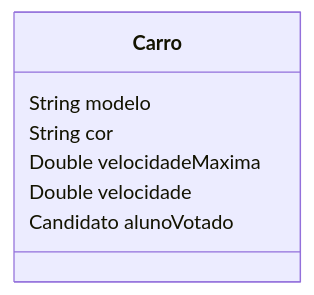
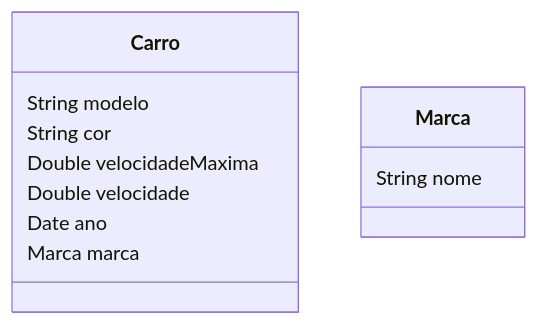
Before and after one commit to ahvShiro/ifpr-esw-notes: the third of 3 diagrams in 6. Programação Orientada a Objetos/Untitled.md, drawn with Mermaid.

Commit message:
backup: 26/03/2025 20:52 (Wednesday)

````diff
--- a/6. Programação Orientada a Objetos/Untitled.md
+++ b/6. Programação Orientada a Objetos/Untitled.md
@@ -47,9 +47,13 @@
 ```mermaid
 classDiagram
     class Carro
     Carro : String modelo
     Carro : String cor
     Carro : Double velocidadeMaxima
     Carro : Double velocidade
-    Carro : Candidato alunoVotado    
+    Carro : Date ano
+    Carro : Marca marca
+	class Marca
+	Marca : String nome
+	Marca : 
 ```
````
